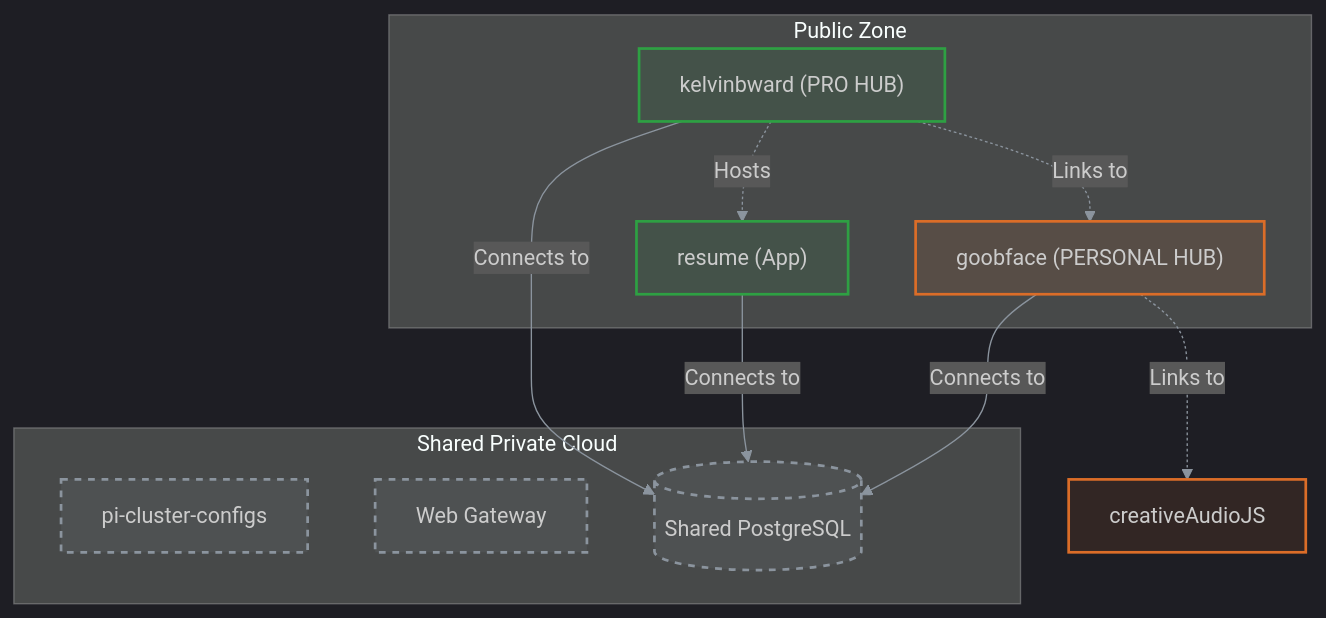
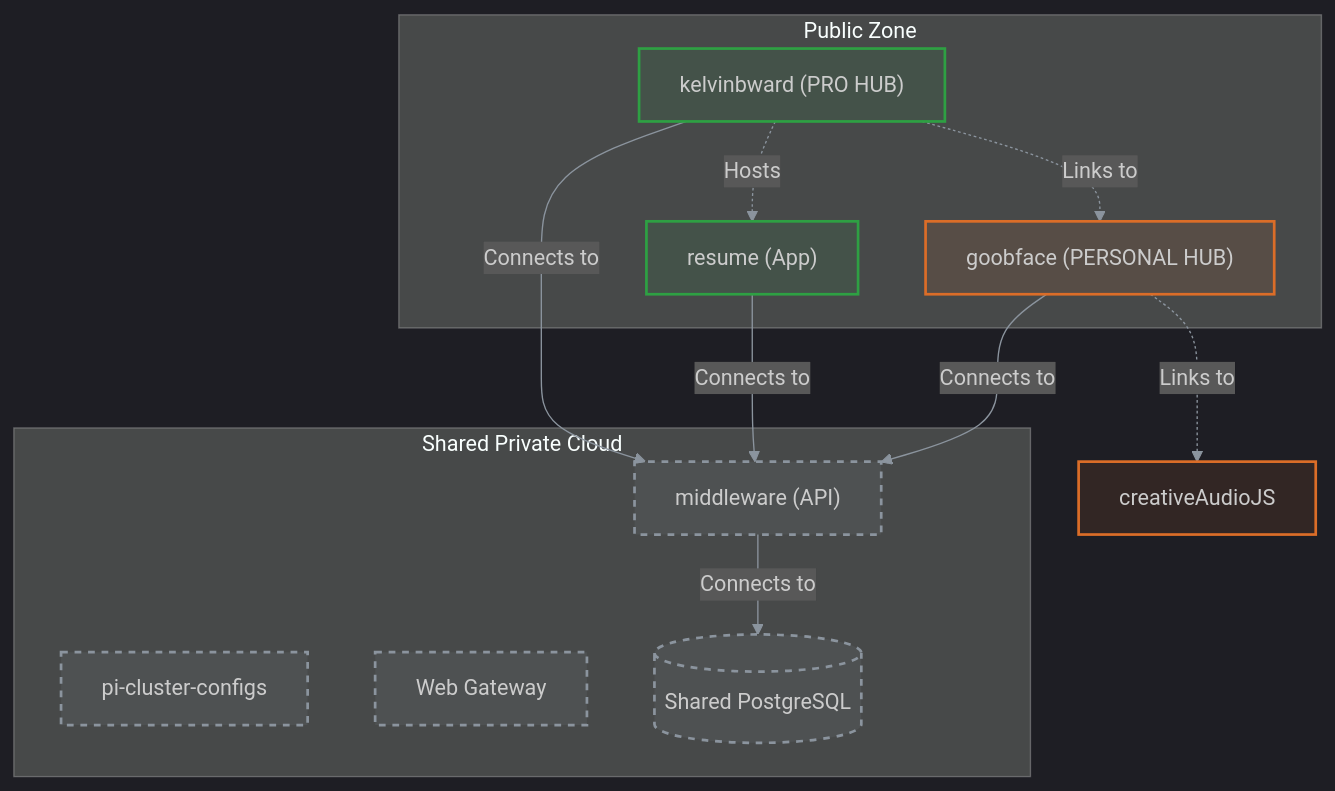
One commit to kelvinbward/kelvinbward changed the diagram in README.md. Above: the diagram before and after it, drawn with Mermaid. The commit also changed other lines of this file and 4 other files, not shown here.

````diff
--- a/README.md
+++ b/README.md
@@ -19,33 +19,35 @@
 ```mermaid
 %%{init: {'theme': 'dark', 'themeVariables': { 'lineColor': '#8b949e' }}}%%
 graph TD
     subgraph Public["Public Zone"]
         KBW["kelvinbward (PRO HUB)"]
         GOOB["goobface (PERSONAL HUB)"]
         RES["resume (App)"]
     end
     
     subgraph Infrastructure["Shared Private Cloud"]
         PCC[pi-cluster-configs]
         WG["Web Gateway"]
+        MID["middleware (API)"]
         DB[(Shared PostgreSQL)]
     end
 
     %% Network Connections
-    KBW -->|Connects to| DB
-    RES -->|Connects to| DB
-    GOOB -->|Connects to| DB
+    KBW -->|Connects to| MID
+    RES -->|Connects to| MID
+    GOOB -->|Connects to| MID
+    MID -->|Connects to| DB
     
     %% Relationships
     KBW -.->|Hosts| RES
     KBW -.->|Links to| GOOB
     GOOB -.->|Links to| CAJS["creativeAudioJS"]
     
     classDef pro stroke:#2ea043,stroke-width:2px,fill:#2ea0431a;
     classDef creative stroke:#db6d28,stroke-width:2px,fill:#db6d281a;
     classDef infra stroke:#8b949e,stroke-width:2px,fill:#8b949e1a,stroke-dasharray: 5 5;
 
     class KBW,RES pro;
     class GOOB,CAJS creative;
-    class PCC,WG,DB infra;
+    class PCC,WG,MID,DB infra;
 ```
````
